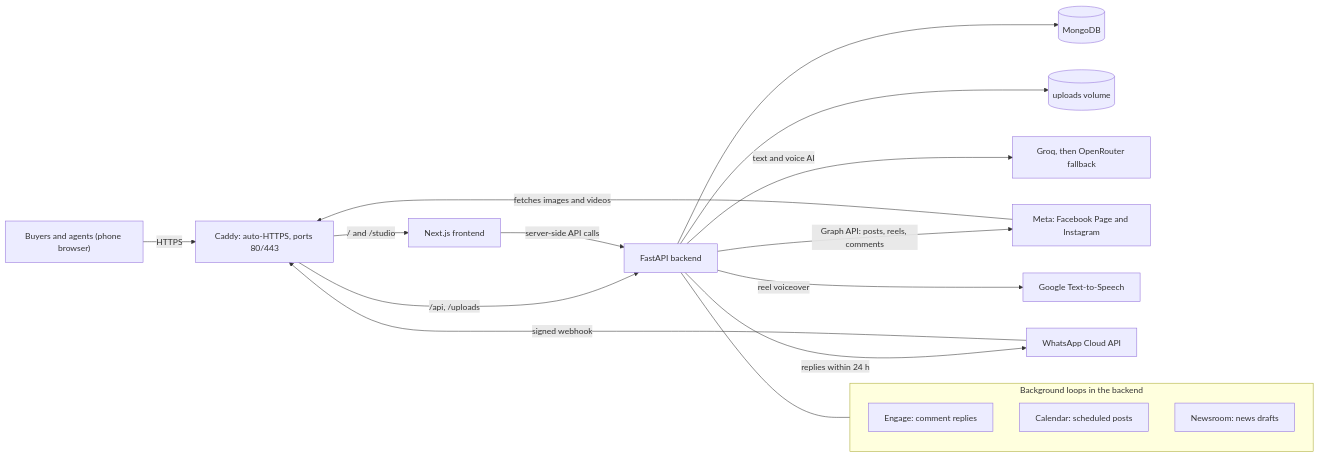
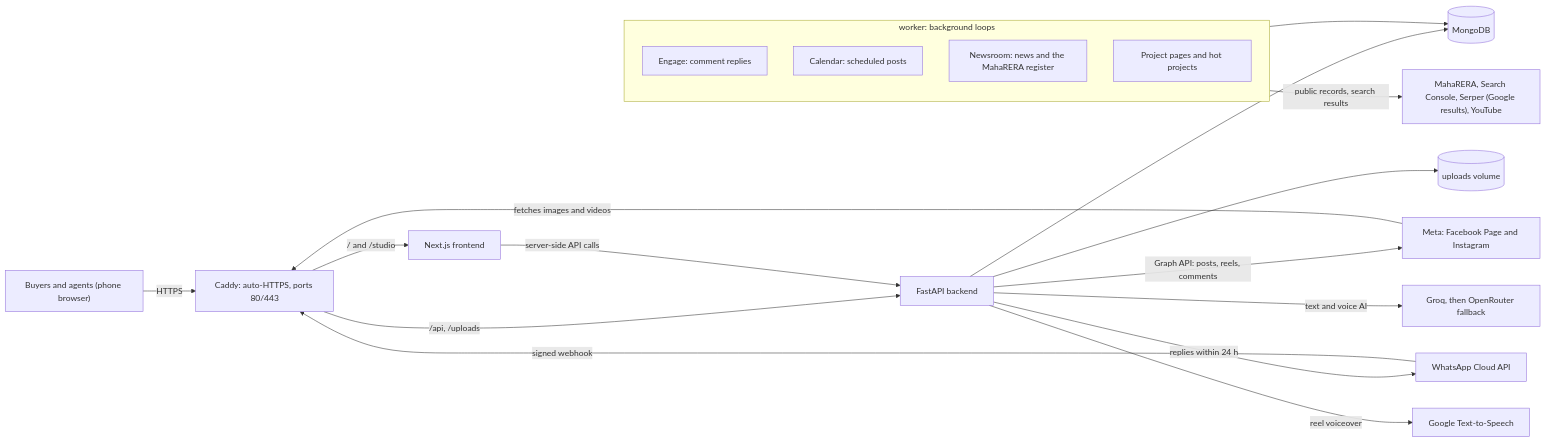
Before and after one commit to amitsajwan/realestate_ai: the diagram in docs/operator/OPERATOR_GUIDE.md, drawn with Mermaid. The commit also changed other lines of this file and 22 other files, not shown here.

First line of the commit message:
Hot projects, Google results, missing projects found by number, service keys; operator guide; fix new projects never getting a page (#65)

````diff
--- a/docs/operator/OPERATOR_GUIDE.md
+++ b/docs/operator/OPERATOR_GUIDE.md
@@ -33,21 +64,23 @@
 ```mermaid
 flowchart LR
   buyer["Buyers and agents (phone browser)"] -->|HTTPS| caddy["Caddy: auto-HTTPS, ports 80/443"]
   caddy -->|"/ and /studio"| fe["Next.js frontend"]
   caddy -->|"/api, /uploads"| be["FastAPI backend"]
   fe -->|"server-side API calls"| be
   be --> db[("MongoDB")]
   be --> up[("uploads volume")]
-  subgraph loops["Background loops in the backend"]
+  subgraph loops["worker: background loops"]
     eng["Engage: comment replies"]
     cal["Calendar: scheduled posts"]
-    news["Newsroom: news drafts"]
+    news["Newsroom: news and the MahaRERA register"]
+    enr["Project pages and hot projects"]
   end
-  be --- loops
+  loops --> db
   be -->|"Graph API: posts, reels, comments"| meta["Meta: Facebook Page and Instagram"]
   wa["WhatsApp Cloud API"] -->|"signed webhook"| caddy
   be -->|"replies within 24 h"| wa
   be -->|"text and voice AI"| llm["Groq, then OpenRouter fallback"]
   be -->|"reel voiceover"| tts["Google Text-to-Speech"]
+  loops -->|"public records, search results"| ext["MahaRERA, Search Console, Serper (Google results), YouTube"]
   meta -->|"fetches images and videos"| caddy
 ```
````
